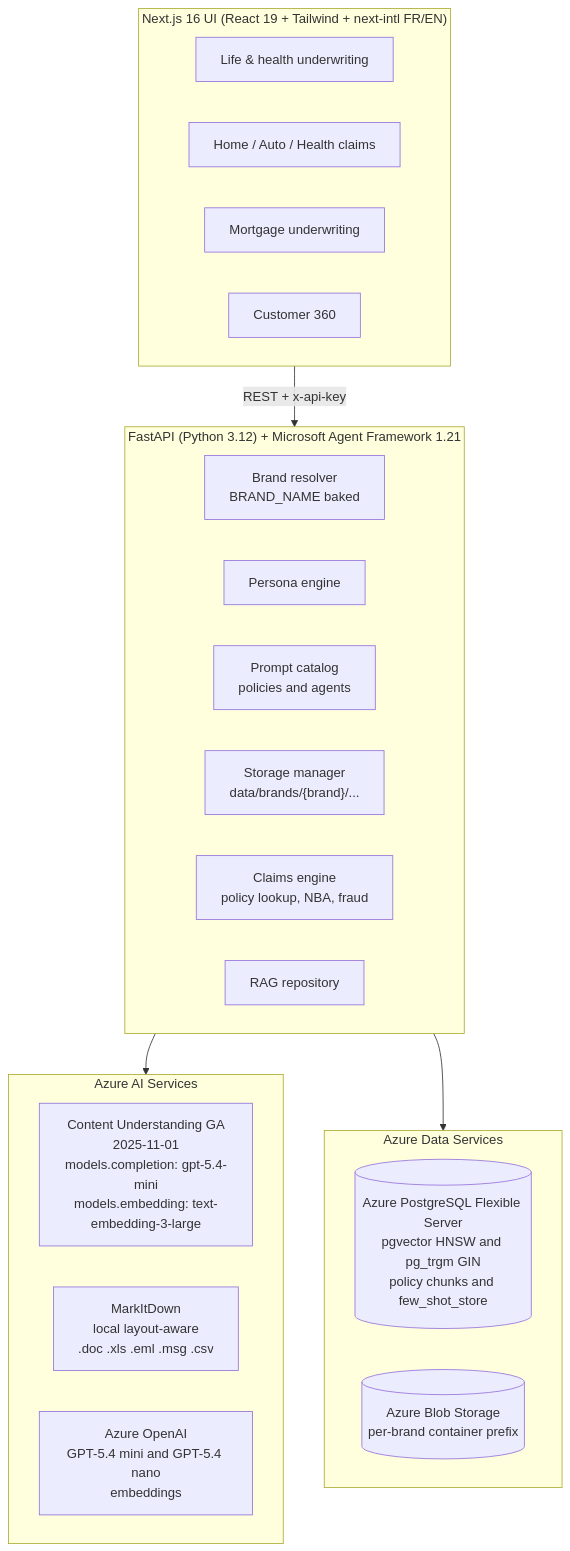
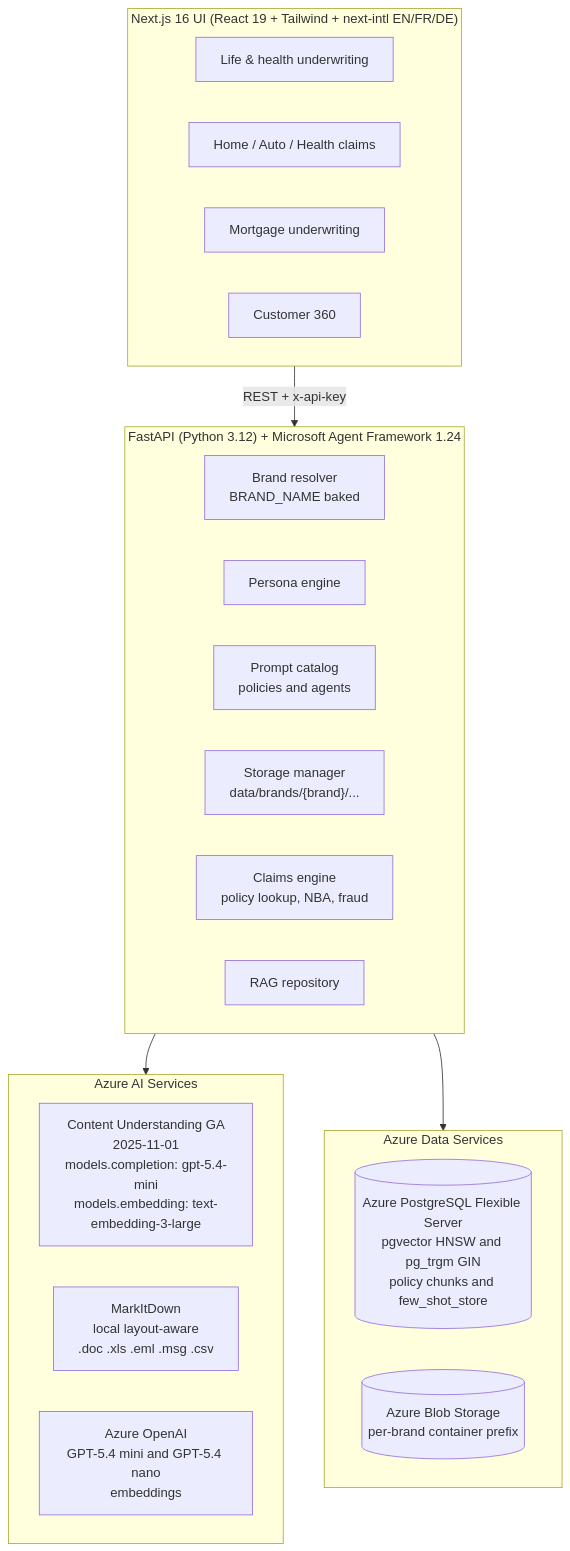
The first of 2 diagrams in docs/architecture.md (olivMertens/PrevaIq), drawn with Mermaid before and after one commit. The commit also changed other lines of this file and 189 other files, not shown here.

````diff
--- a/docs/architecture.md
+++ b/docs/architecture.md
@@ -7,36 +7,36 @@
 ```mermaid
 flowchart TB
-    subgraph UI["Next.js 16 UI (React 19 + Tailwind + next-intl FR/EN)"]
+    subgraph UI["Next.js 16 UI (React 19 + Tailwind + next-intl EN/FR/DE)"]
         P1["Life & health underwriting"]
         P2["Home / Auto / Health claims"]
         P3["Mortgage underwriting"]
         P4["Customer 360"]
     end
 
     UI -->|"REST + x-api-key"| API
 
-    subgraph API["FastAPI (Python 3.12) + Microsoft Agent Framework 1.21"]
+    subgraph API["FastAPI (Python 3.12) + Microsoft Agent Framework 1.24"]
         Brand["Brand resolver<br/>BRAND_NAME baked"]
         Persona["Persona engine"]
         Prompts["Prompt catalog<br/>policies and agents"]
         Storage["Storage manager<br/>data/brands/{brand}/..."]
         Claims["Claims engine<br/>policy lookup, NBA, fraud"]
         RAG["RAG repository"]
     end
 
     API --> Azure
 
     subgraph Azure["Azure AI Services"]
         CU["Content Understanding GA<br/>2025-11-01<br/>models.completion: gpt-5.4-mini<br/>models.embedding: text-embedding-3-large"]
         MD["MarkItDown<br/>local layout-aware<br/>.doc .xls .eml .msg .csv"]
         OAI["Azure OpenAI<br/>GPT-5.4 mini and GPT-5.4 nano<br/>embeddings"]
     end
 
     API --> Data
 
     subgraph Data["Azure Data Services"]
         PG[("Azure PostgreSQL Flexible Server<br/>pgvector HNSW and pg_trgm GIN<br/>policy chunks and few_shot_store")]
         Blob[("Azure Blob Storage<br/>per-brand container prefix")]
     end
 
 ```
````
